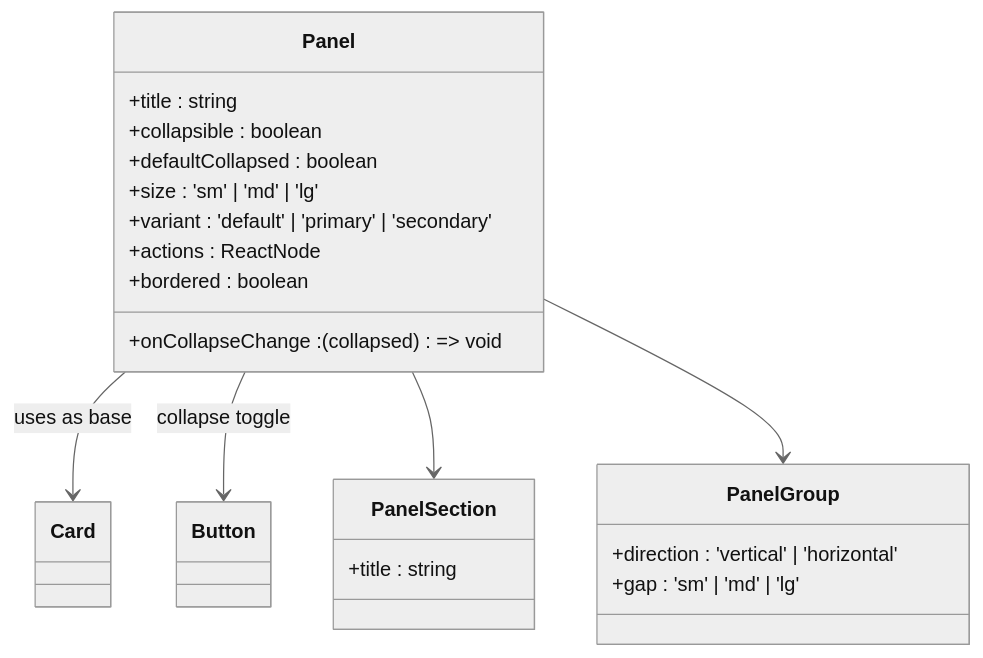
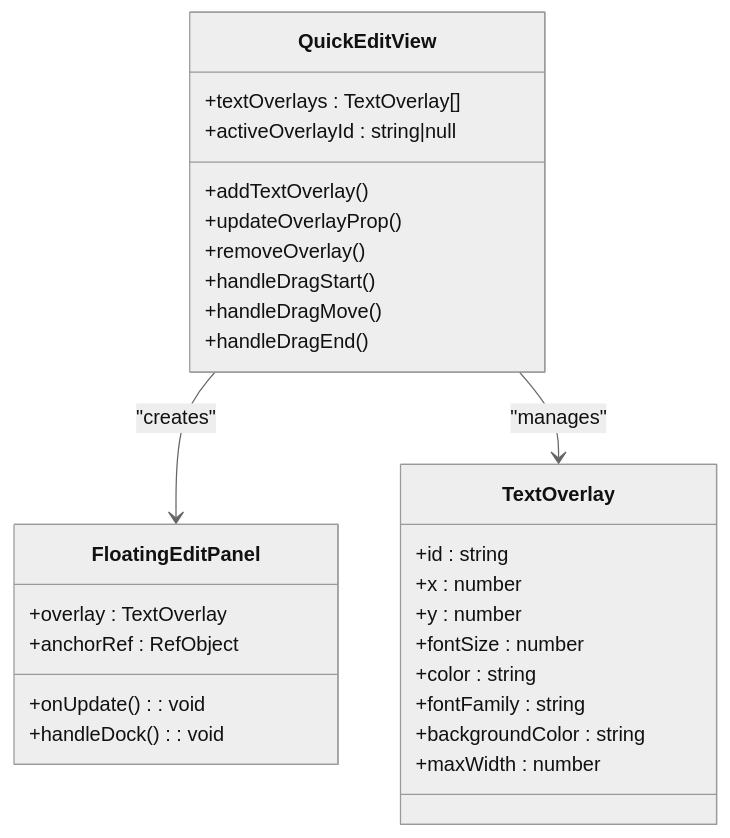
The eighth of 10 diagrams in .qoder/repowiki/en/content/Frontend Architecture/Frontend Architecture.md (Brimstow/ThumPiks), drawn with Mermaid (neutral theme) before and after one commit. The commit also changed other lines of this file and 900 other files, not shown here.

````diff
--- a/.qoder/repowiki/en/content/Frontend Architecture/Frontend Architecture.md
+++ b/.qoder/repowiki/en/content/Frontend Architecture/Frontend Architecture.md
@@ -254,24 +478,31 @@
 ```mermaid
 classDiagram
-class Panel {
-+title : string
-+collapsible : boolean
-+defaultCollapsed : boolean
-+size : 'sm' | 'md' | 'lg'
-+variant : 'default' | 'primary' | 'secondary'
-+actions : ReactNode
-+bordered : boolean
-+onCollapseChange : (collapsed) => void
+class QuickEditView {
++textOverlays : TextOverlay[]
++activeOverlayId : string|null
++addTextOverlay()
++updateOverlayProp()
++removeOverlay()
++handleDragStart()
++handleDragMove()
++handleDragEnd()
 }
-class PanelSection {
-+title : string
+class FloatingEditPanel {
++overlay : TextOverlay
++anchorRef : RefObject
++onUpdate() : void
++handleDock() : void
 }
-class PanelGroup {
-+direction : 'vertical' | 'horizontal'
-+gap : 'sm' | 'md' | 'lg'
+class TextOverlay {
++id : string
++x : number
++y : number
++fontSize : number
++color : string
++fontFamily : string
++backgroundColor : string
++maxWidth : number
 }
-Panel --> Card : uses as base
-Panel --> Button : collapse toggle
-Panel --> PanelSection
-Panel --> PanelGroup
+QuickEditView --> FloatingEditPanel : "creates"
+QuickEditView --> TextOverlay : "manages"
 ```
````
